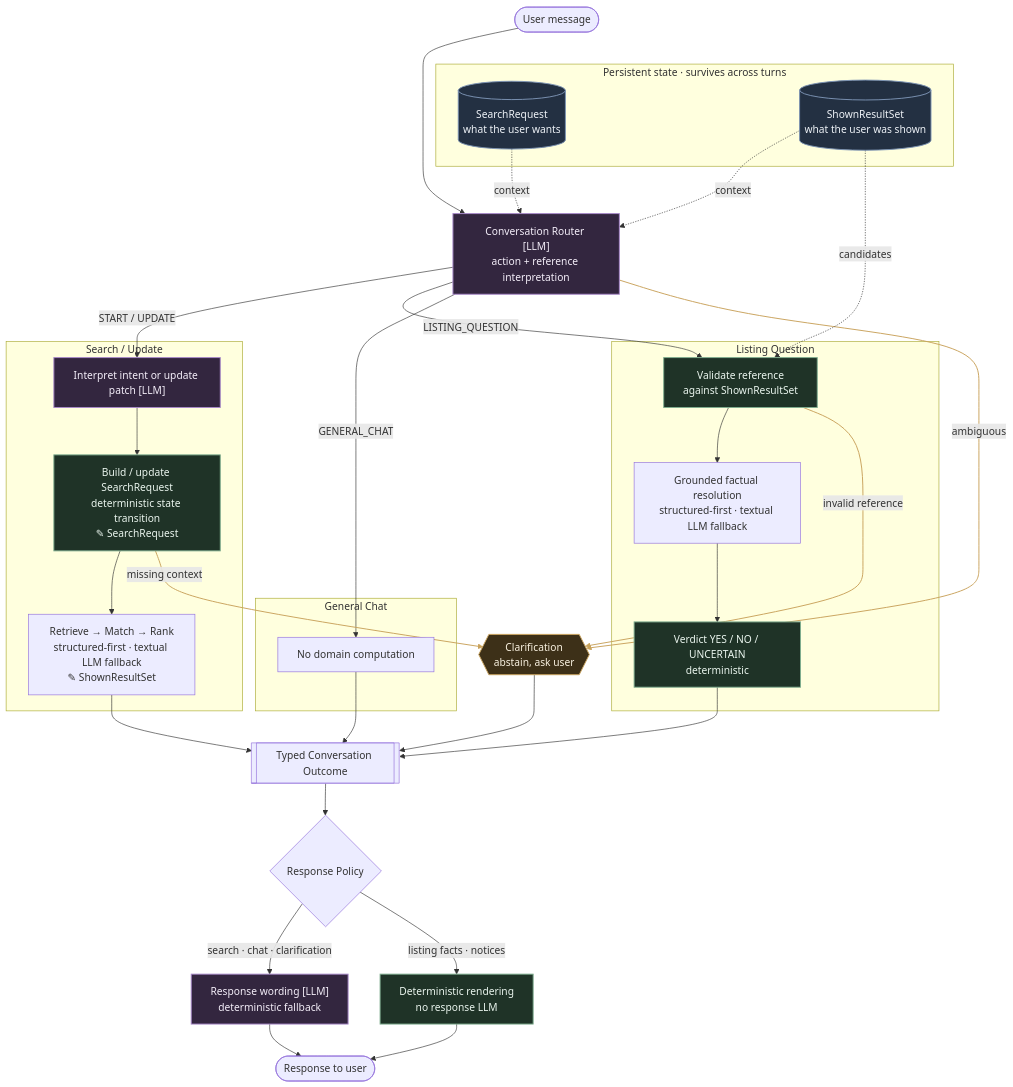
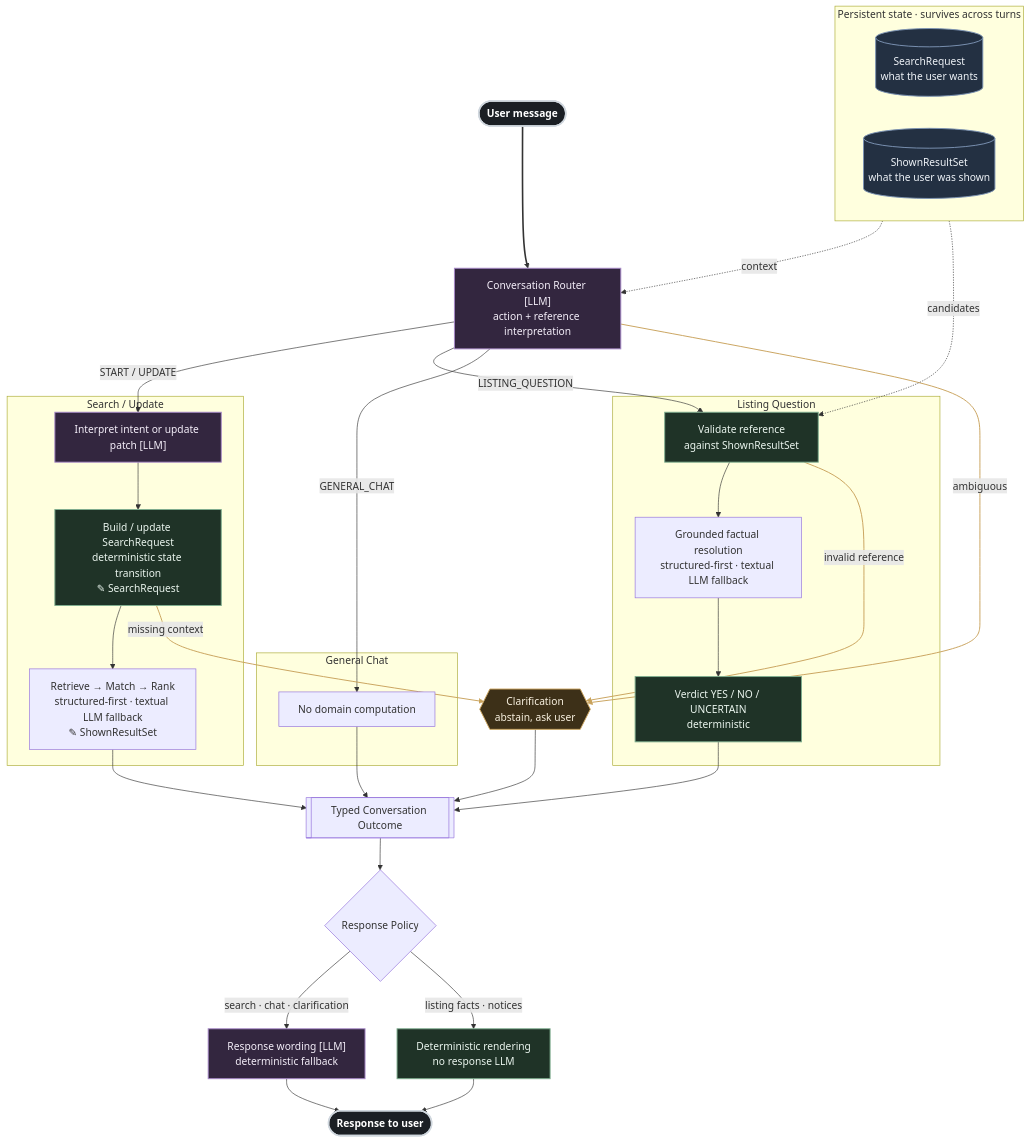
One commit to leylamehtiyeva/booking-ai-system changed the first of 2 diagrams in README.md. Above: the diagram before and after it, drawn with Mermaid. The commit also changed other lines of this file, not shown here.

Commit message:
docs: make user-turn entry the clearest edge in architecture diagram
- Style User message / Response to user as turn input/output boundary
- Replace invisible layout anchors with block-level state reads so the
  router centers under User message and state sits as side context
- Emphasize the User message -> Router edge; add io entry to legend

````diff
--- a/README.md
+++ b/README.md
@@ -7,69 +7,68 @@
 ```mermaid
 flowchart TD
     U(["User message"]) --> R["Conversation Router [LLM]<br/>action + reference interpretation"]
 
     subgraph STATE["Persistent state · survives across turns"]
         SR[("SearchRequest<br/>what the user wants")]
         SRS[("ShownResultSet<br/>what the user was shown")]
     end
+
+    STATE -. context .-> R
 
     subgraph SEARCH["Search / Update"]
         IP["Interpret intent or update patch [LLM]"]
         APPLY["Build / update SearchRequest<br/>deterministic state transition<br/>✎ SearchRequest"]
         RUN["Retrieve → Match → Rank<br/>structured-first · textual LLM fallback<br/>✎ ShownResultSet"]
     end
 
     subgraph LISTING["Listing Question"]
         VAL["Validate reference<br/>against ShownResultSet"]
         FACT["Grounded factual resolution<br/>structured-first · textual LLM fallback"]
         VERD["Verdict YES / NO / UNCERTAIN<br/>deterministic"]
     end
 
     subgraph CHAT["General Chat"]
         GC["No domain computation"]
     end
 
-    SR -. context .-> R
-    SRS -. context .-> R
-
     R -- "START / UPDATE" --> IP
     R -- "LISTING_QUESTION" --> VAL
     R -- "GENERAL_CHAT" --> GC
     R -- "ambiguous" --> CLAR{{"Clarification<br/>abstain, ask user"}}
 
     IP --> APPLY --> RUN
     VAL --> FACT --> VERD
 
-    SRS -. candidates .-> VAL
+    STATE -. candidates .-> VAL
 
     VAL -- "invalid reference" --> CLAR
     APPLY -- "missing context" --> CLAR
 
     RUN --> OUT[["Typed Conversation Outcome"]]
     VERD --> OUT
     GC --> OUT
     CLAR --> OUT
 
     OUT --> POL{"Response Policy"}
 
     POL -- "search · chat · clarification" --> LLMR["Response wording [LLM]<br/>deterministic fallback"]
     POL -- "listing facts · notices" --> DFR["Deterministic rendering<br/>no response LLM"]
 
     LLMR --> RESP(["Response to user"])
     DFR --> RESP
 
+    classDef io fill:#1b1f24,stroke:#d0d7de,stroke-width:2.5px,color:#ffffff,font-weight:bold;
     classDef state fill:#233042,stroke:#7c93b3,stroke-width:1.5px,color:#eef2f7;
     classDef llm fill:#33263f,stroke:#a889c9,stroke-width:1.5px,color:#f4eef9;
     classDef det fill:#1f3327,stroke:#7fae8f,stroke-width:1.5px,color:#eaf5ee;
     classDef clarify fill:#3d3018,stroke:#c9a35c,stroke-width:1.5px,color:#f9f1e0;
 
+    class U,RESP io;
     class R,IP,LLMR llm;
     class SR,SRS state;
     class APPLY,VAL,VERD,DFR det;
     class CLAR clarify;
 
-    linkStyle 6,12,13 stroke:#c9a35c,stroke-width:1.5px;
-
-    U ~~~ SR
-    U ~~~ SRS
+    linkStyle 0 stroke-width:2.5px;
+    linkStyle 5,11,12 stroke:#c9a35c,stroke-width:1.5px;
 ```
````
